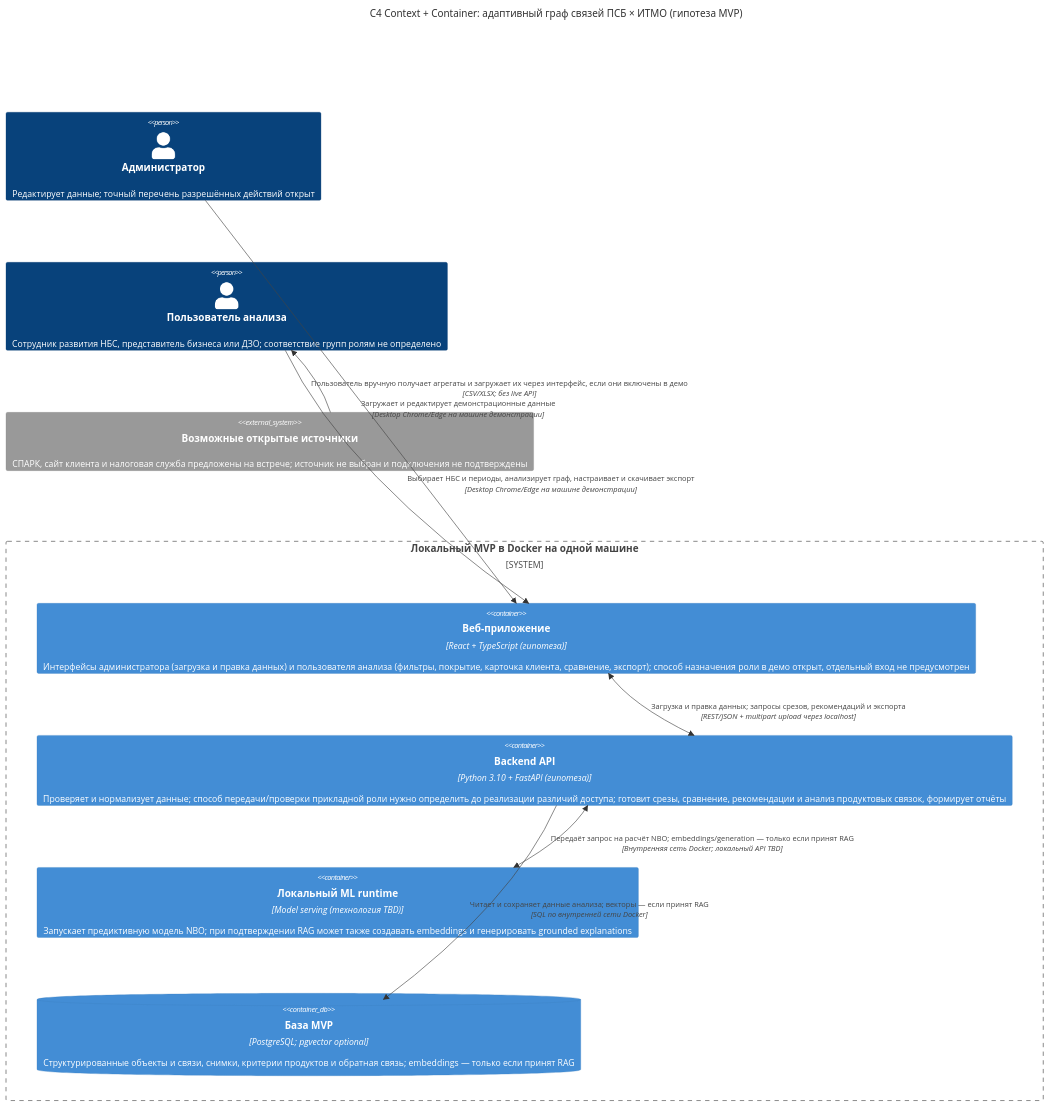
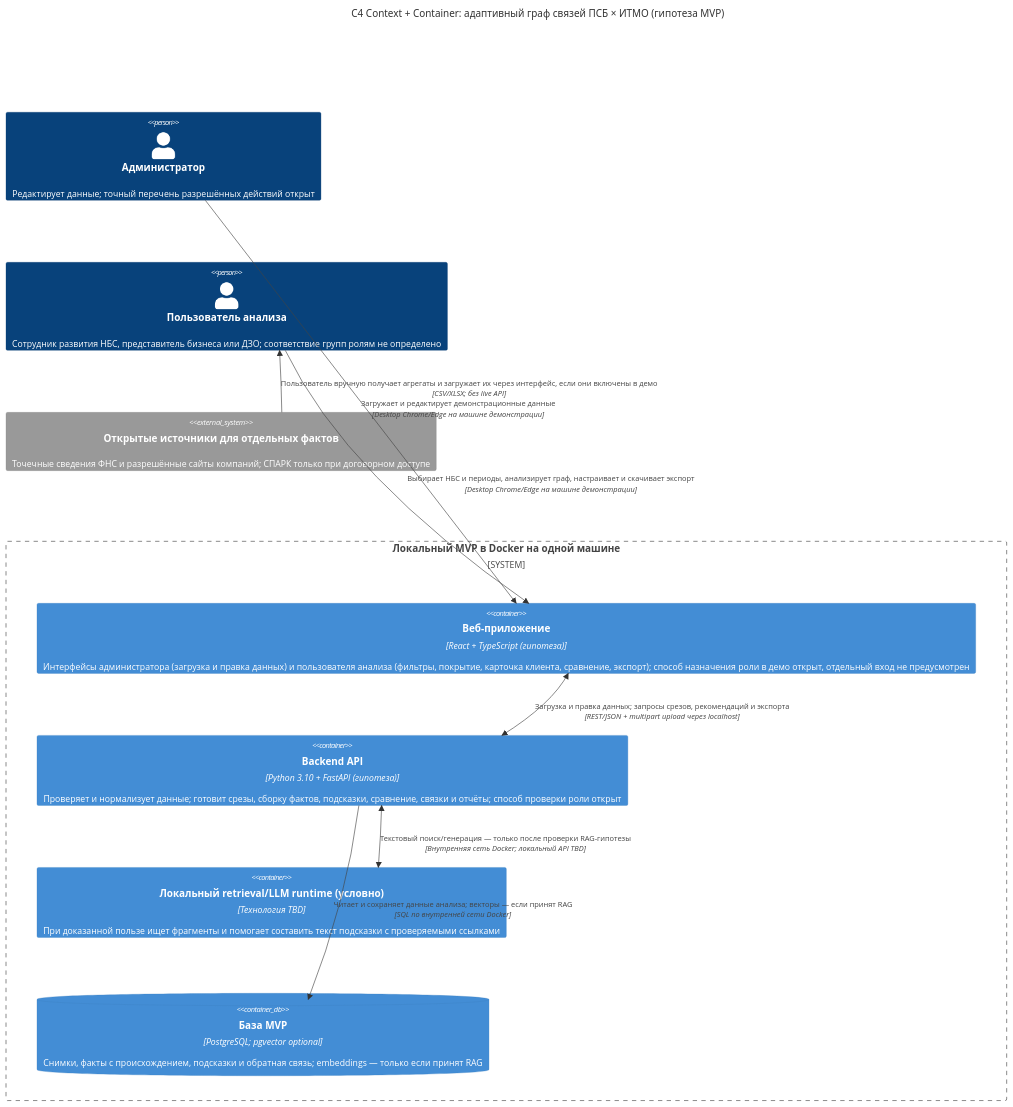
Before and after one commit to Konscig/psb-adaptive-graph: the diagram in artifacts/c4-architecture.md, drawn with Mermaid. The commit also changed other lines of this file and 8 other files, not shown here.

Commit message:
define open-data MVP baseline

````diff
--- a/artifacts/c4-architecture.md
+++ b/artifacts/c4-architecture.md
@@ -34,22 +36,22 @@
 ```mermaid
 C4Context
     title C4 Context + Container: адаптивный граф связей ПСБ × ИТМО (гипотеза MVP)
 
     Person(admin, "Администратор", "Редактирует данные; точный перечень разрешённых действий открыт")
     Person(user, "Пользователь анализа", "Сотрудник развития НБС, представитель бизнеса или ДЗО; соответствие групп ролям не определено")
-    System_Ext(openData, "Возможные открытые источники", "СПАРК, сайт клиента и налоговая служба предложены на встрече; источник не выбран и подключения не подтверждены")
+    System_Ext(openData, "Открытые источники для отдельных фактов", "Точечные сведения ФНС и разрешённые сайты компаний; СПАРК только при договорном доступе")
 
     System_Boundary(mvp, "Локальный MVP в Docker на одной машине") {
         Container(web, "Веб-приложение", "React + TypeScript (гипотеза)", "Интерфейсы администратора (загрузка и правка данных) и пользователя анализа (фильтры, покрытие, карточка клиента, сравнение, экспорт); способ назначения роли в демо открыт, отдельный вход не предусмотрен")
-        Container(api, "Backend API", "Python 3.10 + FastAPI (гипотеза)", "Проверяет и нормализует данные; способ передачи/проверки прикладной роли нужно определить до реализации различий доступа; готовит срезы, сравнение, рекомендации и анализ продуктовых связок, формирует отчёты")
-        Container(model, "Локальный ML runtime", "Model serving (технология TBD)", "Запускает предиктивную модель NBO; при подтверждении RAG может также создавать embeddings и генерировать grounded explanations")
-        ContainerDb(db, "База MVP", "PostgreSQL; pgvector optional", "Структурированные объекты и связи, снимки, критерии продуктов и обратная связь; embeddings — только если принят RAG")
+        Container(api, "Backend API", "Python 3.10 + FastAPI (гипотеза)", "Проверяет и нормализует данные; готовит срезы, сборку фактов, подсказки, сравнение, связки и отчёты; способ проверки роли открыт")
+        Container(model, "Локальный retrieval/LLM runtime (условно)", "Технология TBD", "При доказанной пользе ищет фрагменты и помогает составить текст подсказки с проверяемыми ссылками")
+        ContainerDb(db, "База MVP", "PostgreSQL; pgvector optional", "Снимки, факты с происхождением, подсказки и обратная связь; embeddings — только если принят RAG")
     }
 
     Rel(admin, web, "Загружает и редактирует демонстрационные данные", "Desktop Chrome/Edge на машине демонстрации")
     Rel(user, web, "Выбирает НБС и периоды, анализирует граф, настраивает и скачивает экспорт", "Desktop Chrome/Edge на машине демонстрации")
     BiRel(web, api, "Загрузка и правка данных; запросы срезов, рекомендаций и экспорта", "REST/JSON + multipart upload через localhost")
-    BiRel(api, model, "Передаёт запрос на расчёт NBO; embeddings/generation — только если принят RAG", "Внутренняя сеть Docker; локальный API TBD")
+    BiRel(api, model, "Текстовый поиск/генерация — только после проверки RAG-гипотезы", "Внутренняя сеть Docker; локальный API TBD")
     Rel(api, db, "Читает и сохраняет данные анализа; векторы — если принят RAG", "SQL по внутренней сети Docker")
     Rel(openData, user, "Пользователь вручную получает агрегаты и загружает их через интерфейс, если они включены в демо", "CSV/XLSX; без live API")
 ```
````
